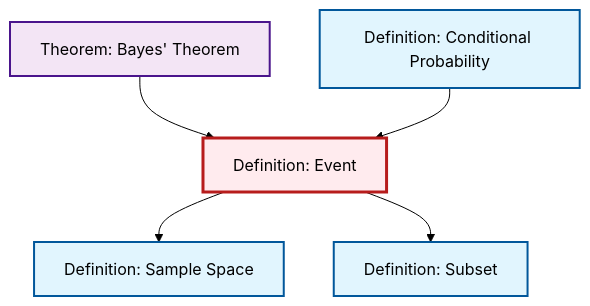
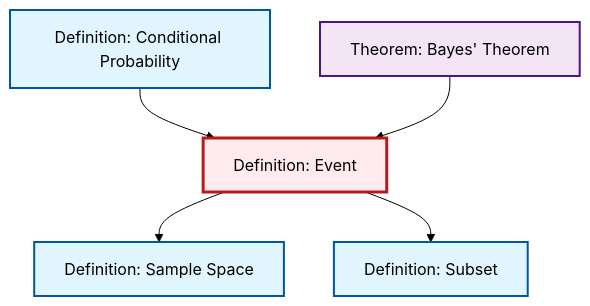
The diagram in content/ja/probability-statistics/def-event.qmd (RK0429/ModernMath), drawn with Mermaid (forest theme) before and after one commit. The commit also changed other lines of this file and 417 other files, not shown here.

````diff
--- a/content/ja/probability-statistics/def-event.qmd
+++ b/content/ja/probability-statistics/def-event.qmd
@@ -70,23 +70,23 @@
 ```{mermaid}
 %%| fig-cap: "Local dependency graph"
 graph TD
     classDef definition fill:#e1f5fe,stroke:#01579b,stroke-width:2px
     classDef theorem fill:#f3e5f5,stroke:#4a148c,stroke-width:2px
     classDef axiom fill:#fff3e0,stroke:#e65100,stroke-width:2px
     classDef example fill:#e8f5e9,stroke:#1b5e20,stroke-width:2px
     classDef current fill:#ffebee,stroke:#b71c1c,stroke-width:3px
+    def-sample-space["Definition: Sample Space"]:::definition
+    thm-bayes["Theorem: Bayes' Theorem"]:::theorem
+    def-event["Definition: Event"]:::definition
+    def-subset["Definition: Subset"]:::definition
     def-conditional-probability["Definition: Conditional Probability"]:::definition
-    thm-bayes["Theorem: Bayes' Theorem"]:::theorem
-    def-sample-space["Definition: Sample Space"]:::definition
-    def-subset["Definition: Subset"]:::definition
-    def-event["Definition: Event"]:::definition
-    thm-bayes --> def-event
     def-event --> def-sample-space
     def-conditional-probability --> def-event
     def-event --> def-subset
+    thm-bayes --> def-event
     class def-event current
+    click def-sample-space "def-sample-space.html" "Definition: Sample Spaceへ"
+    click thm-bayes "thm-bayes.html" "Theorem: Bayes' Theoremへ"
+    click def-subset "def-subset.html" "Definition: Subsetへ"
     click def-conditional-probability "def-conditional-probability.html" "Definition: Conditional Probabilityへ"
-    click thm-bayes "thm-bayes.html" "Theorem: Bayes' Theoremへ"
-    click def-sample-space "def-sample-space.html" "Definition: Sample Spaceへ"
-    click def-subset "def-subset.html" "Definition: Subsetへ"
 ```
````
